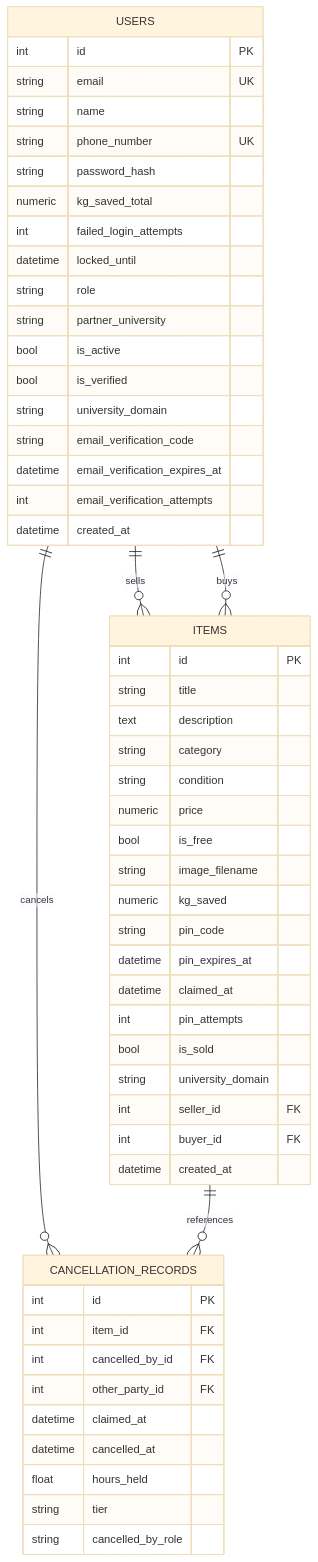
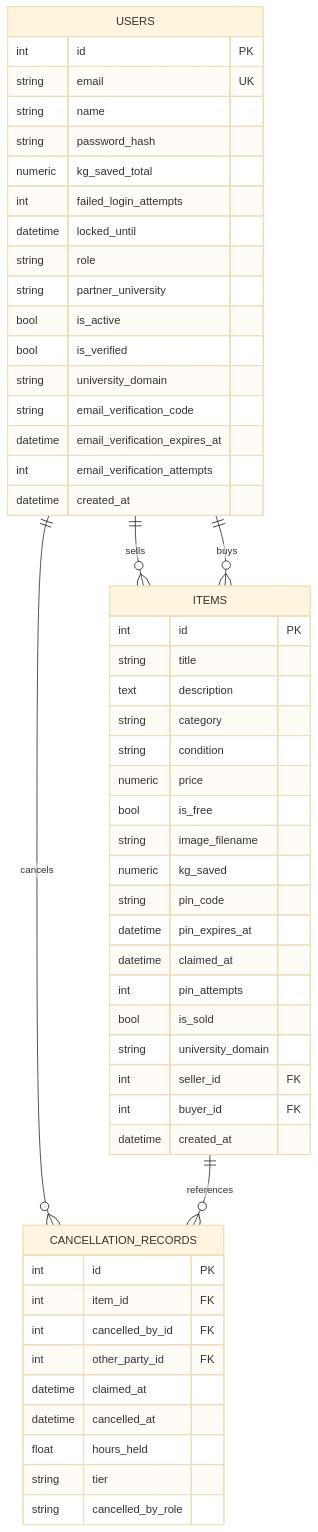
Before and after one commit to YousefAliUK/Reuni: the third of 3 diagrams in product_specification.md, drawn with Mermaid (base theme). The commit also changed other lines of this file and 36 other files, not shown here.

````diff
--- a/product_specification.md
+++ b/product_specification.md
@@ -688,57 +684,56 @@
 ```mermaid
 erDiagram
     USERS {
         int id PK
         string email UK
         string name
-        string phone_number UK
         string password_hash
         numeric kg_saved_total
         int failed_login_attempts
         datetime locked_until
         string role
         string partner_university
         bool is_active
         bool is_verified
         string university_domain
         string email_verification_code
         datetime email_verification_expires_at
         int email_verification_attempts
         datetime created_at
     }
     ITEMS {
         int id PK
         string title
         text description
         string category
         string condition
         numeric price
         bool is_free
         string image_filename
         numeric kg_saved
         string pin_code
         datetime pin_expires_at
         datetime claimed_at
         int pin_attempts
         bool is_sold
         string university_domain
         int seller_id FK
         int buyer_id FK
         datetime created_at
     }
     CANCELLATION_RECORDS {
         int id PK
         int item_id FK
         int cancelled_by_id FK
         int other_party_id FK
         datetime claimed_at
         datetime cancelled_at
         float hours_held
         string tier
         string cancelled_by_role
     }
     USERS ||--o{ ITEMS : sells
     USERS ||--o{ ITEMS : buys
     USERS ||--o{ CANCELLATION_RECORDS : cancels
     ITEMS ||--o{ CANCELLATION_RECORDS : references
 ```
````
